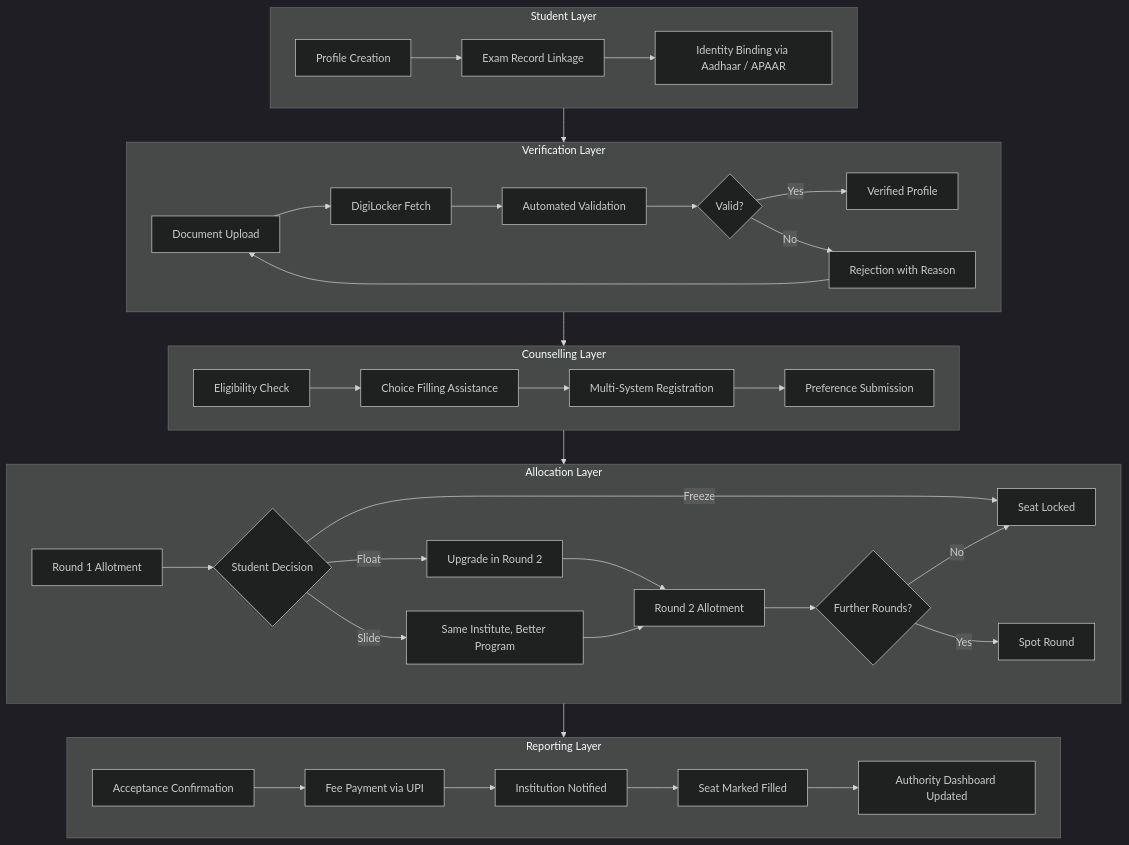
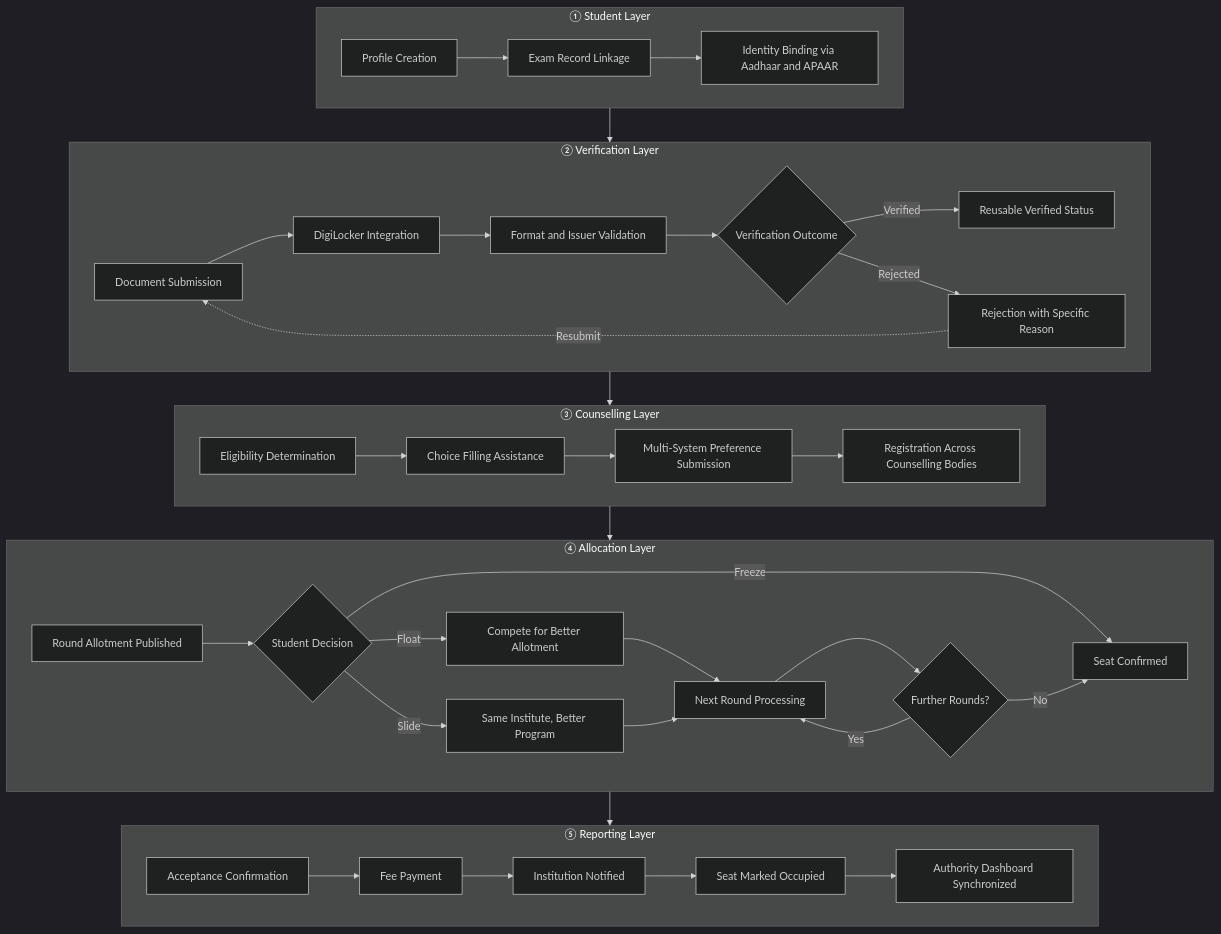
One commit to aashrutsharma2/docs changed the first of 2 diagrams in foundation.mdx. Above: the diagram before and after it, drawn with Mermaid (dark theme). The commit also changed other lines of this file, not shown here.

````diff
--- a/foundation.mdx
+++ b/foundation.mdx
@@ -64,46 +62,46 @@
 ```mermaid
 flowchart TD
-    subgraph STUDENT ["Student Layer"]
+    subgraph SL ["① Student Layer"]
         S1[Profile Creation] --> S2[Exam Record Linkage]
-        S2 --> S3[Identity Binding via Aadhaar / APAAR]
+        S2 --> S3[Identity Binding via Aadhaar and APAAR]
     end
 
-    subgraph VERIFY ["Verification Layer"]
-        V1[Document Upload] --> V2[DigiLocker Fetch]
-        V2 --> V3[Automated Validation]
-        V3 --> V4{Valid?}
-        V4 -- Yes --> V5[Verified Profile]
-        V4 -- No --> V6[Rejection with Reason]
-        V6 --> V1
+    subgraph VL ["② Verification Layer"]
+        V1[Document Submission] --> V2[DigiLocker Integration]
+        V2 --> V3[Format and Issuer Validation]
+        V3 --> V4{Verification Outcome}
+        V4 -- Verified --> V5[Reusable Verified Status]
+        V4 -- Rejected --> V6[Rejection with Specific Reason]
+        V6 -.->|Resubmit| V1
     end
 
-    subgraph COUNSEL ["Counselling Layer"]
-        C1[Eligibility Check] --> C2[Choice Filling Assistance]
-        C2 --> C3[Multi-System Registration]
-        C3 --> C4[Preference Submission]
+    subgraph CL ["③ Counselling Layer"]
+        C1[Eligibility Determination] --> C2[Choice Filling Assistance]
+        C2 --> C3[Multi-System Preference Submission]
+        C3 --> C4[Registration Across Counselling Bodies]
     end
 
-    subgraph ALLOC ["Allocation Layer"]
-        A1[Round 1 Allotment] --> A2{Student Decision}
-        A2 -- Freeze --> A3[Seat Locked]
-        A2 -- Float --> A4[Upgrade in Round 2]
+    subgraph AL ["④ Allocation Layer"]
+        A1[Round Allotment Published] --> A2{Student Decision}
+        A2 -- Freeze --> A3[Seat Confirmed]
+        A2 -- Float --> A4[Compete for Better Allotment]
         A2 -- Slide --> A5[Same Institute, Better Program]
-        A4 --> A6[Round 2 Allotment]
+        A4 --> A6[Next Round Processing]
         A5 --> A6
         A6 --> A7{Further Rounds?}
-        A7 -- Yes --> A8[Spot Round]
+        A7 -- Yes --> A6
         A7 -- No --> A3
     end
 
-    subgraph REPORT ["Reporting Layer"]
-        R1[Acceptance Confirmation] --> R2[Fee Payment via UPI]
+    subgraph RL ["⑤ Reporting Layer"]
+        R1[Acceptance Confirmation] --> R2[Fee Payment]
         R2 --> R3[Institution Notified]
-        R3 --> R4[Seat Marked Filled]
-        R4 --> R5[Authority Dashboard Updated]
+        R3 --> R4[Seat Marked Occupied]
+        R4 --> R5[Authority Dashboard Synchronized]
     end
 
-    STUDENT --> VERIFY
-    VERIFY --> COUNSEL
-    COUNSEL --> ALLOC
-    ALLOC --> REPORT
+    SL --> VL
+    VL --> CL
+    CL --> AL
+    AL --> RL
 ```
````
